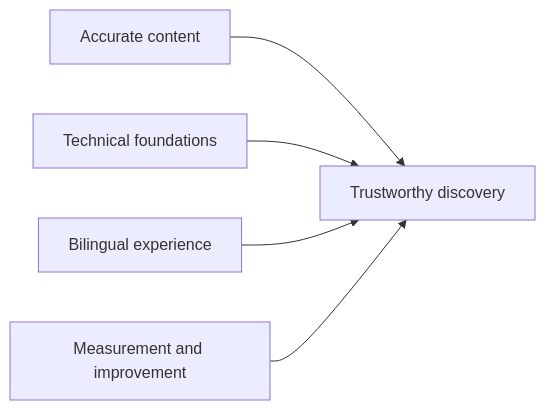
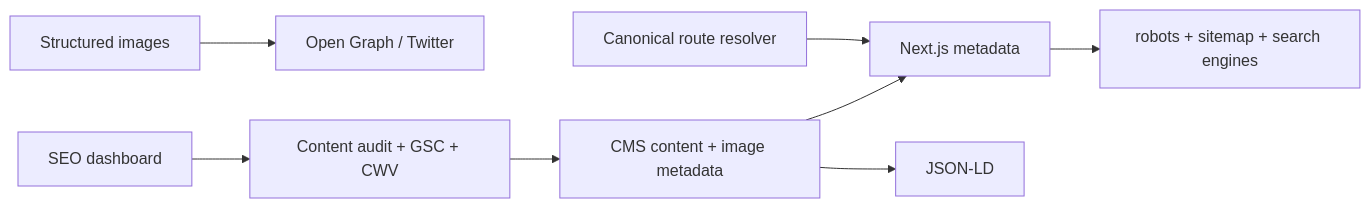
One commit to zakaria-akash/care-bangla-group-web-application changed the diagram in SEO_Optimization_RoadMap.md. Above: the diagram before and after it, drawn with Mermaid. The commit also changed other lines of this file and 11 other files, not shown here.

````diff
--- a/SEO_Optimization_RoadMap.md
+++ b/SEO_Optimization_RoadMap.md
@@ -9,7 +9,10 @@
 ```mermaid
 flowchart LR
-  A[Accurate content] --> E[Trustworthy discovery]
-  B[Technical foundations] --> E
-  C[Bilingual experience] --> E
-  D[Measurement and improvement] --> E
+  Content[CMS content + image metadata] --> Meta[Next.js metadata]
+  Routes[Canonical route resolver] --> Meta
+  Meta --> Crawl[robots + sitemap + search engines]
+  Content --> Schema[JSON-LD]
+  Media[Structured images] --> Social[Open Graph / Twitter]
+  Admin[SEO dashboard] --> Audit[Content audit + GSC + CWV]
+  Audit --> Content
 ```
````
